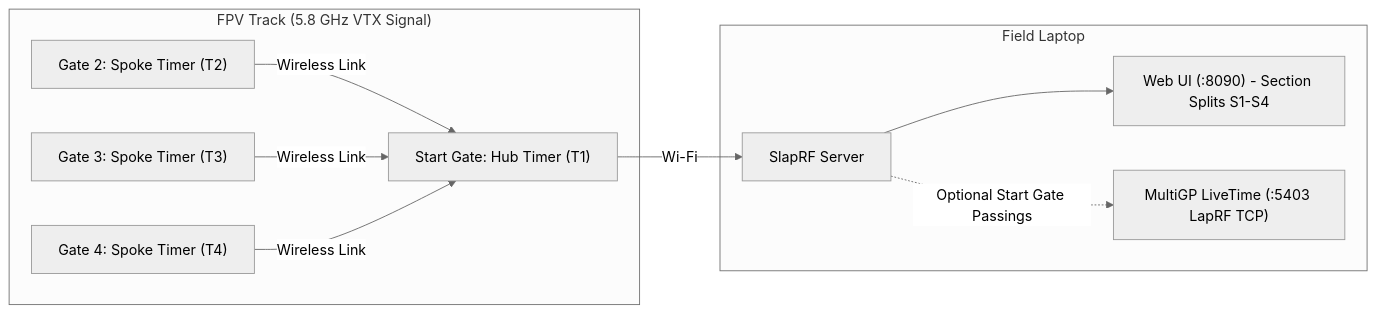
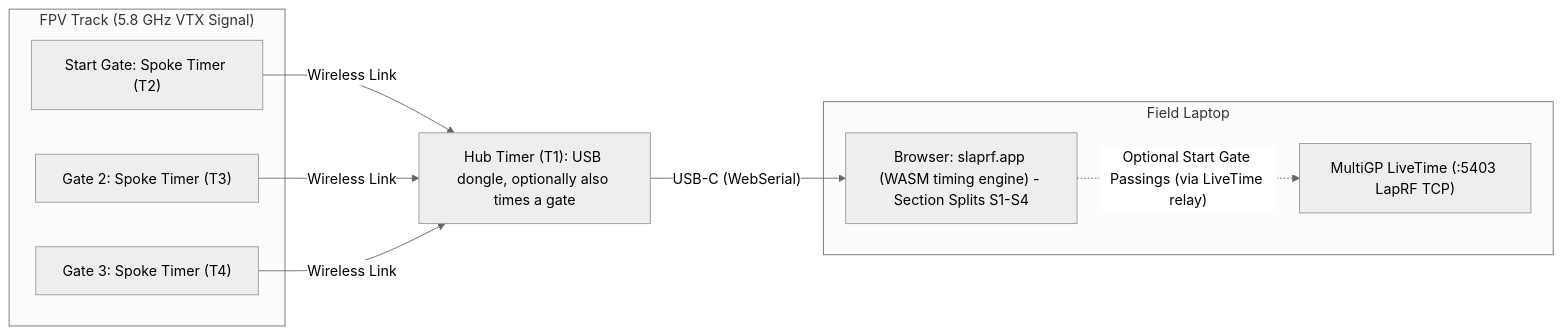
Before and after one commit to kaack/SlapRF: the first of 2 diagrams in README.md, drawn with Mermaid (neutral theme). The commit also changed other lines of this file and 82 other files, not shown here.

First line of the commit message:
WIP: browser-only app, LiveTime relay, IndexedDB, offline PWA, Hub-at-gate, 100 Hz low-latency firmware

````diff
--- a/README.md
+++ b/README.md
@@ -35,22 +35,21 @@
 ```mermaid
 flowchart LR
     subgraph Track["FPV Track (5.8 GHz VTX Signal)"]
-        T2["Gate 2: Spoke Timer (T2)"]
-        T3["Gate 3: Spoke Timer (T3)"]
-        T4["Gate 4: Spoke Timer (T4)"]
-        T1["Start Gate: Hub Timer (T1)"]
+        T2["Start Gate: Spoke Timer (T2)"]
+        T3["Gate 2: Spoke Timer (T3)"]
+        T4["Gate 3: Spoke Timer (T4)"]
     end
 
+    T1["Hub Timer (T1): USB dongle, optionally also times a gate"]
+
     subgraph Laptop["Field Laptop"]
-        Server["SlapRF Server"]
-        UI["Web UI (:8090) - Section Splits S1-S4"]
+        UI["Browser: slaprf.app (WASM timing engine) - Section Splits S1-S4"]
         LiveTime["MultiGP LiveTime (:5403 LapRF TCP)"]
     end
 
     T2 -- "Wireless Link" --> T1
     T3 -- "Wireless Link" --> T1
     T4 -- "Wireless Link" --> T1
-    T1 -- "Wi-Fi" --> Server
-    Server --> UI
-    Server -. "Optional Start Gate Passings" .-> LiveTime
+    T1 -- "USB-C (WebSerial)" --> UI
+    UI -. "Optional Start Gate Passings (via LiveTime relay)" .-> LiveTime
 ```
````
